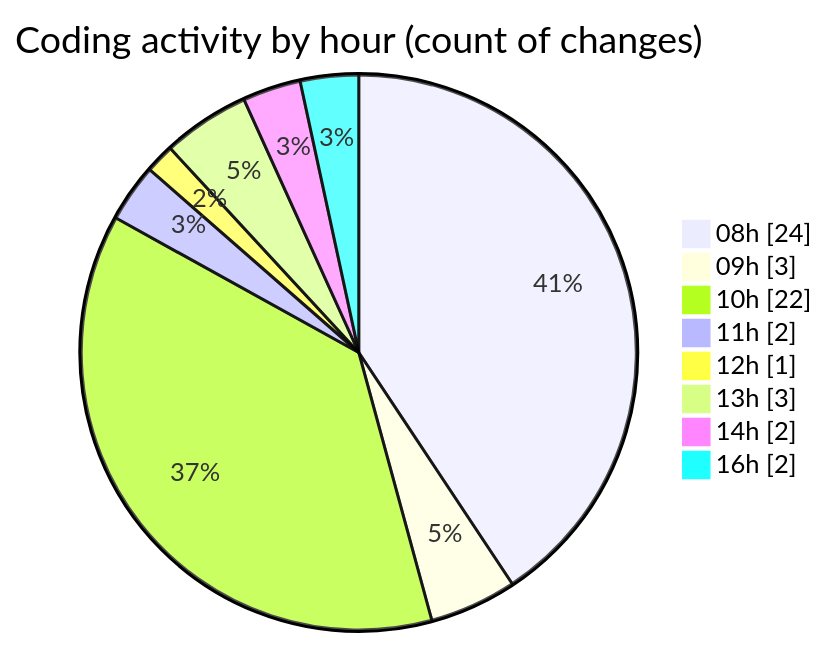
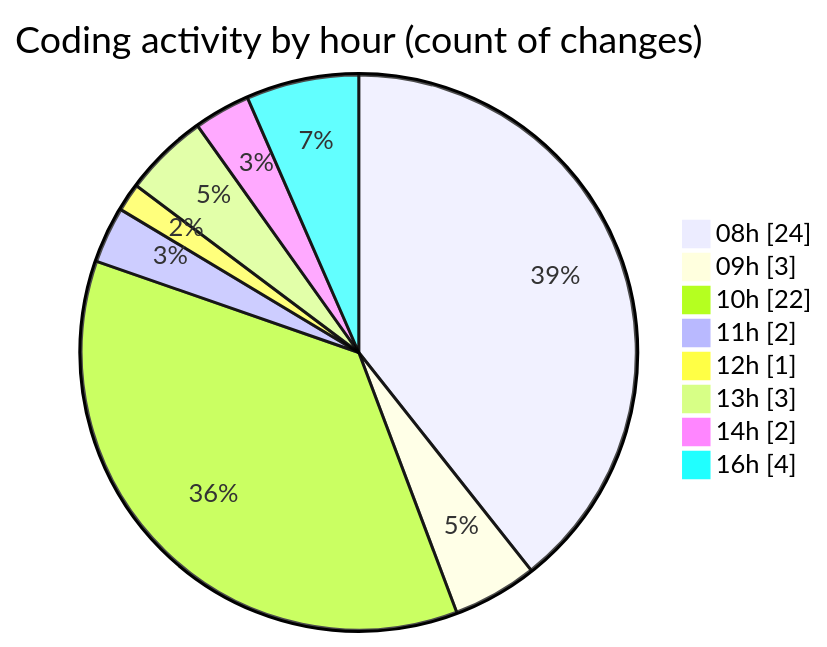
Before and after one commit to julien-gomy/code-tracking: the second of 2 diagrams in 2025-11-07/eventscop-frontend-guide__workspace_/README.md, drawn with Mermaid. The commit also changed other lines of this file and 1 other file, not shown here.

````diff
--- a/2025-11-07/eventscop-frontend-guide__workspace_/README.md
+++ b/2025-11-07/eventscop-frontend-guide__workspace_/README.md
@@ -52,12 +53,12 @@
 ```mermaid
 pie showData
 title Coding activity by hour (count of changes)
 "08h" : 24
 "09h" : 3
 "10h" : 22
 "11h" : 2
 "12h" : 1
 "13h" : 3
 "14h" : 2
-"16h" : 2
+"16h" : 4
 ```
````
